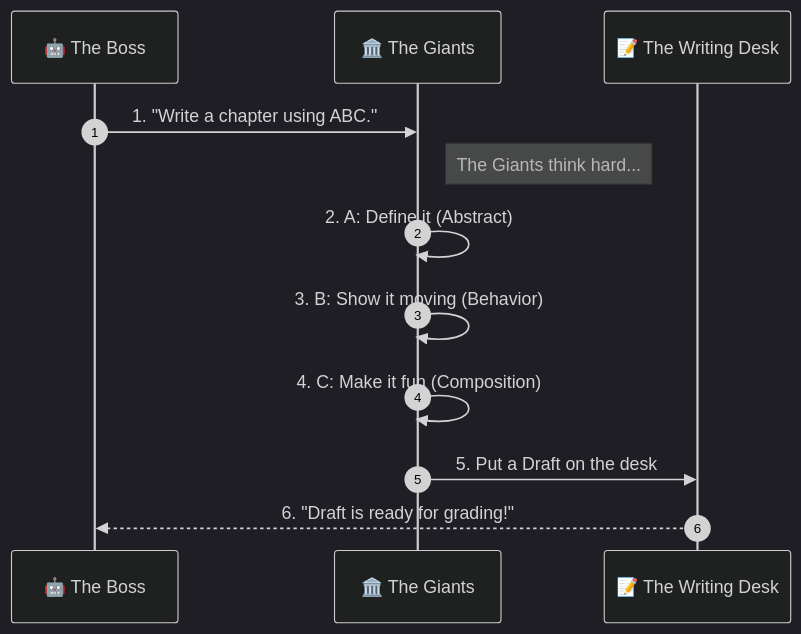
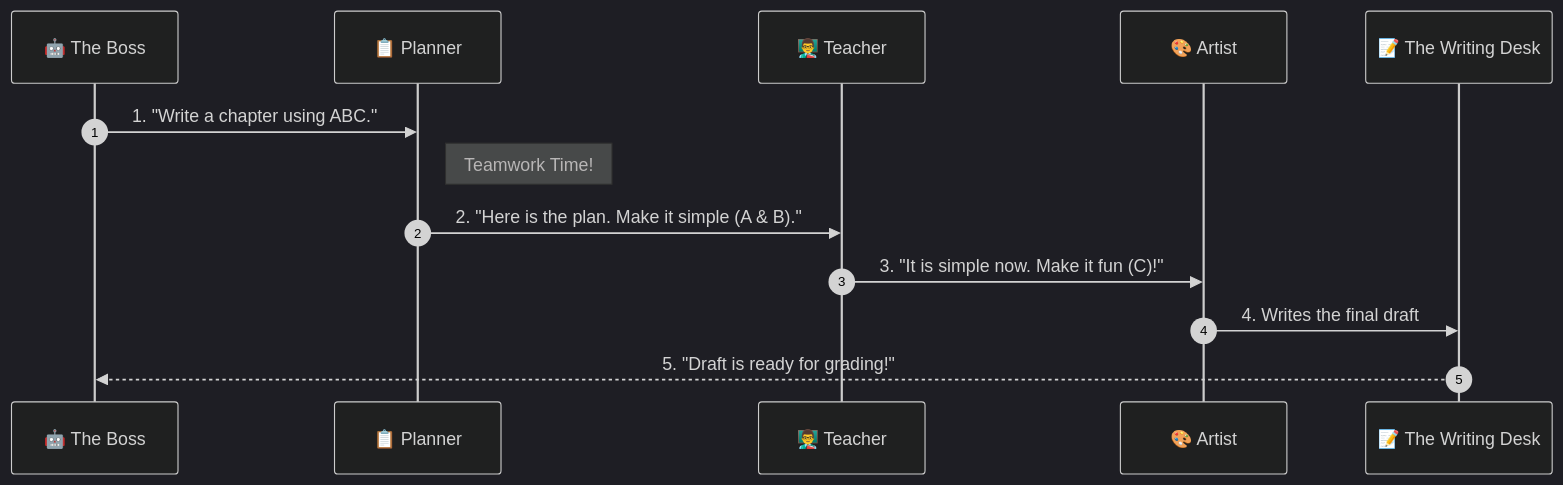
The second of 3 diagrams in docs/workflows/README.md (xlp0/PrologueOfSpacetime), drawn with Mermaid (dark theme) before and after one commit. The commit also changed other lines of this file, not shown here.

Commit message:
Docs: Update Mermaid Diagrams to Show Agent Dialogue

````diff
--- a/docs/workflows/README.md
+++ b/docs/workflows/README.md
@@ -83,17 +85,18 @@
 ```mermaid
 sequenceDiagram
     autonumber
     participant Boss as 🤖 The Boss
-    participant Giants as 🏛️ The Giants
+    participant Plan as 📋 Planner
+    participant Teach as 👨‍🏫 Teacher
+    participant Art as 🎨 Artist
     participant Desk as 📝 The Writing Desk
 
-    Boss->>Giants: 1. "Write a chapter using ABC."
+    Boss->>Plan: 1. "Write a chapter using ABC."
     
-    Note right of Giants: The Giants think hard...
-    Giants->>Giants: 2. A: Define it (Abstract)
-    Giants->>Giants: 3. B: Show it moving (Behavior)
-    Giants->>Giants: 4. C: Make it fun (Composition)
+    Note right of Plan: Teamwork Time!
+    Plan->>Teach: 2. "Here is the plan. Make it simple (A & B)."
+    Teach->>Art: 3. "It is simple now. Make it fun (C)!"
+    Art->>Desk: 4. Writes the final draft
     
-    Giants->>Desk: 5. Put a Draft on the desk
-    Desk-->>Boss: 6. "Draft is ready for grading!"
+    Desk-->>Boss: 5. "Draft is ready for grading!"
 ```
````
